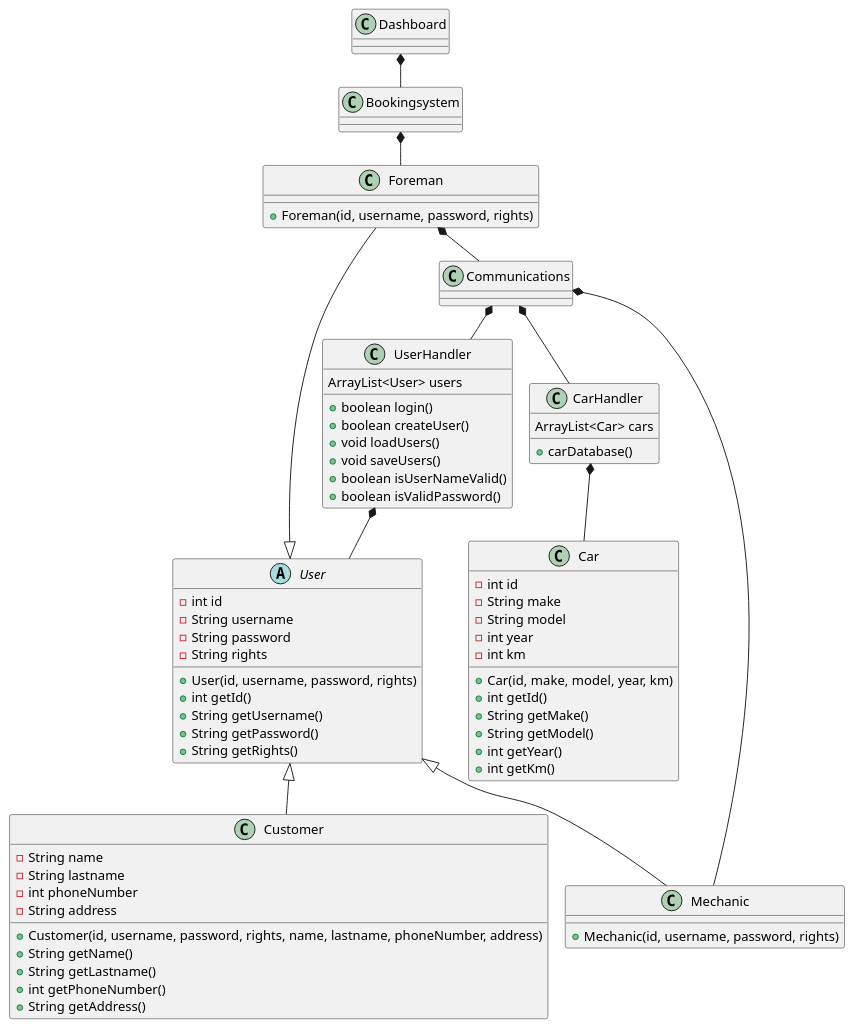
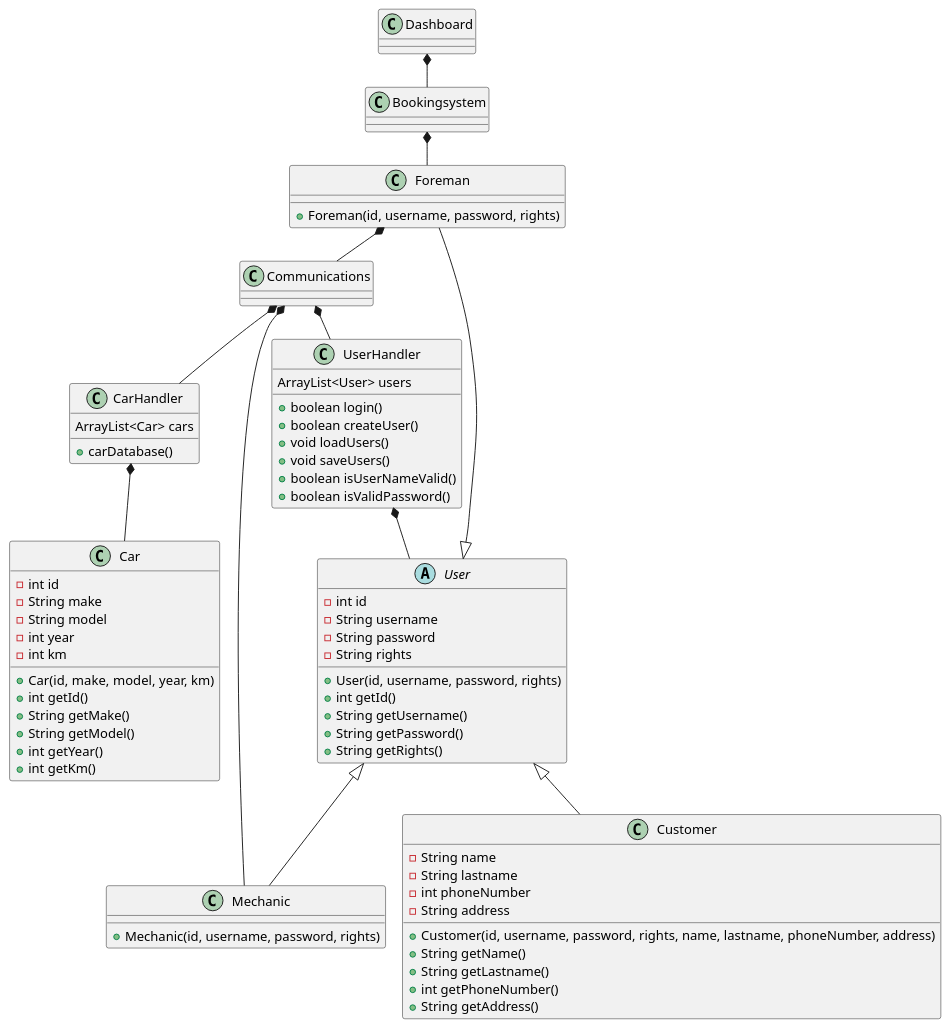
Before and after one commit to CarolineLykke/Ice-project: the diagram in doc/classDiagram.puml, drawn with PlantUML. The commit also changed 3 other files, not shown here.

```diff
--- a/doc/classDiagram.puml
+++ b/doc/classDiagram.puml
@@ -1,79 +1,76 @@
 @startuml
 'https://plantuml.com/class-diagram
 !pragma layout smetana
 
+class Bookingsystem
+class Car
+class CarHandler
+class Communications
+class Customer
 class Dashboard
-class CarHandler
+class Foreman
+class Mechanic
+abstract User
 class UserHandler
-abstract User
-class Mechanic
-class Foreman
-class Bookingsystem
-class Communications
-class Car
-class Customer
 
 Car : - int id
 Car : - String make
 Car : - String model
 Car : - int year
 Car : - int km
 Car : + Car(id, make, model, year, km)
 Car : + int getId()
 Car : + String getMake()
 Car : + String getModel()
 Car : + int getYear()
 Car : + int getKm()
-
 
 Customer : - String name
 Customer : - String lastname
 Customer : - int phoneNumber
 Customer : - String address
 Customer : + Customer(id, username, password, rights, name, lastname, phoneNumber, address)
 Customer : + String getName()
 Customer : + String getLastname()
 Customer : + int getPhoneNumber()
 Customer : + String getAddress()
 
 User : - int id
 User : - String username
 User : - String password
 User : - String rights
 User : + User(id, username, password, rights)
 User : + int getId()
 User : + String getUsername()
 User : + String getPassword()
 User : + String getRights()
 
-
 UserHandler : ArrayList<User> users
 UserHandler : + boolean login()
 UserHandler : + boolean createUser()
 UserHandler : + void loadUsers()
 UserHandler : + void saveUsers()
 UserHandler : + boolean isUserNameValid()
 UserHandler : + boolean isValidPassword()
 
 Mechanic : + Mechanic(id, username, password, rights)
 
 Foreman : + Foreman(id, username, password, rights)
 
 CarHandler : + carDatabase()
 CarHandler : ArrayList<Car> cars
 
 Dashboard *-- Bookingsystem
 Bookingsystem *-- Foreman
 Foreman *-- Communications
 Communications *-- Mechanic
 
-
 CarHandler *-- Car
 Communications *-- CarHandler
 Communications *-- UserHandler
 User <|-- Customer
 User <|-- Foreman
 User <|-- Mechanic
 UserHandler *-- User
 
 @enduml
```
